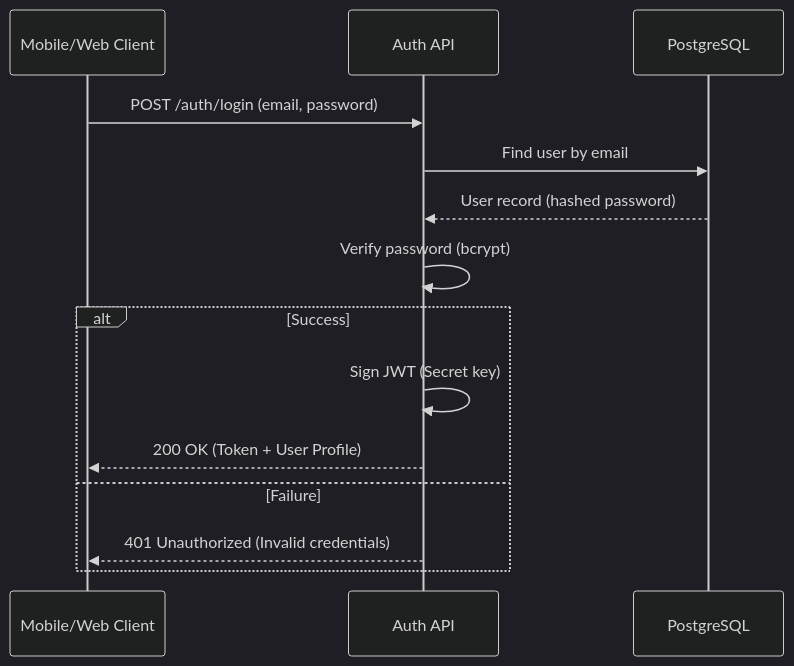
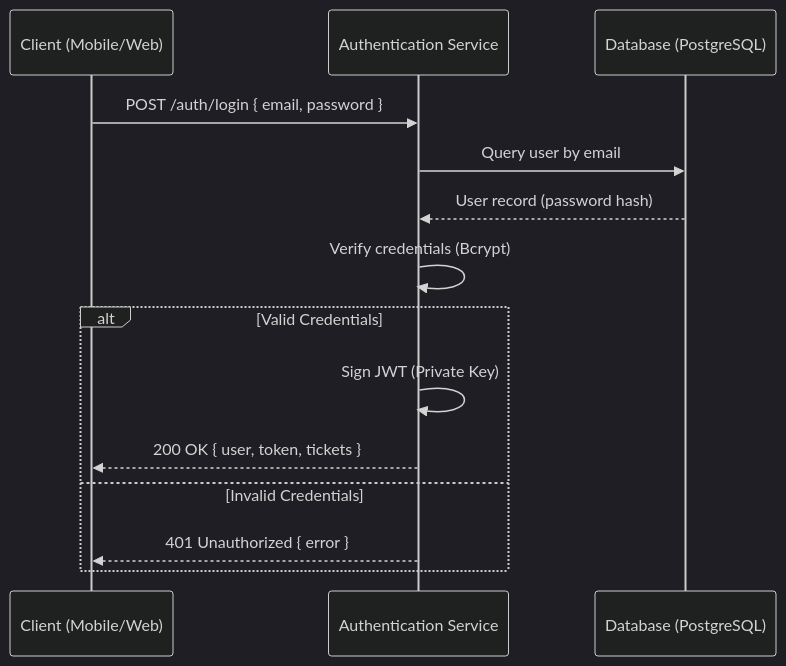
Before and after one commit to lattice-product-team/app_lattice_project: the diagram in docs/api-spec/index.md, drawn with Mermaid (dark theme). The commit also changed other lines of this file and 7 other files, not shown here.

Commit message:
refactor: expand and standardize API data schemas with updated field definitions and descriptions

````diff
--- a/docs/api-spec/index.md
+++ b/docs/api-spec/index.md
@@ -31,18 +35,18 @@
 ```mermaid
 sequenceDiagram
-    participant C as Mobile/Web Client
-    participant A as Auth API
-    participant D as PostgreSQL
+    participant Client as Client (Mobile/Web)
+    participant Auth as Authentication Service
+    participant DB as Database (PostgreSQL)
 
-    C->>A: POST /auth/login (email, password)
-    A->>D: Find user by email
-    D-->>A: User record (hashed password)
-    A->>A: Verify password (bcrypt)
+    Client->>Auth: POST /auth/login { email, password }
+    Auth->>DB: Query user by email
+    DB-->>Auth: User record (password hash)
+    Auth->>Auth: Verify credentials (Bcrypt)
 
-    alt Success
-        A->>A: Sign JWT (Secret key)
-        A-->>C: 200 OK (Token + User Profile)
-    else Failure
-        A-->>C: 401 Unauthorized (Invalid credentials)
+    alt Valid Credentials
+        Auth->>Auth: Sign JWT (Private Key)
+        Auth-->>Client: 200 OK { user, token, tickets }
+    else Invalid Credentials
+        Auth-->>Client: 401 Unauthorized { error }
     end
 ```
````
